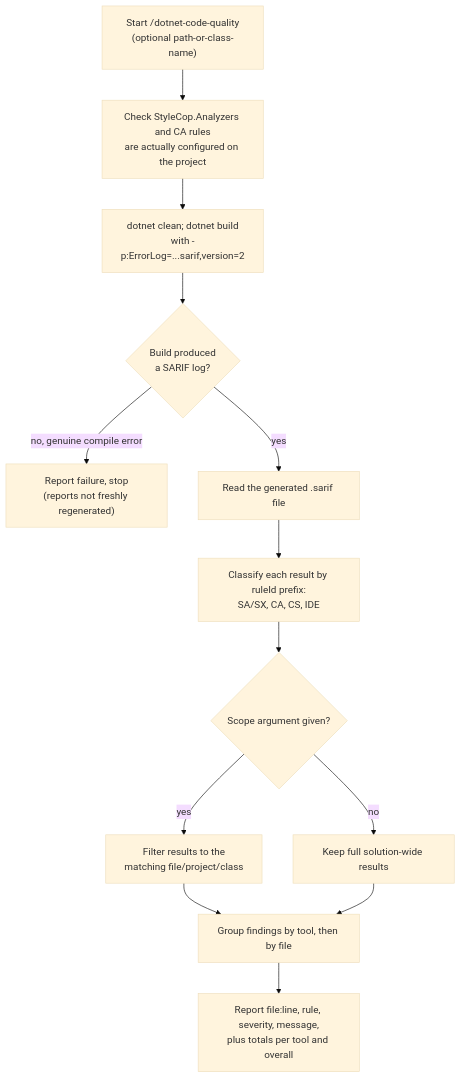
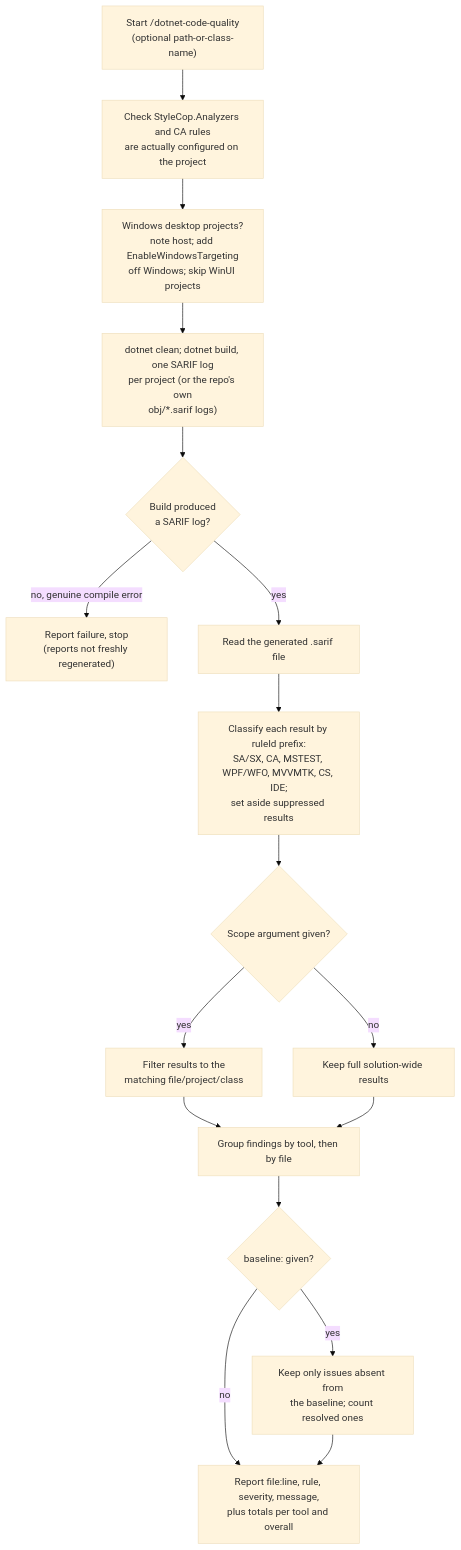
Before and after one commit to albertoirurueta/ai-catalog: the diagram in docs/modules/ROOT/pages/skills/iru-dotnet-code-quality.adoc, drawn with Mermaid (base theme). The commit also changed other lines of this file and 111 other files, not shown here.

```diff
--- a/docs/modules/ROOT/pages/skills/iru-dotnet-code-quality.adoc
+++ b/docs/modules/ROOT/pages/skills/iru-dotnet-code-quality.adoc
@@ -64,16 +80,20 @@
 [mermaid]
 ....
 flowchart TD
     A["Start /dotnet-code-quality\n(optional path-or-class-name)"] --> B["Check StyleCop.Analyzers and CA rules\nare actually configured on the project"]
-    B --> C["dotnet clean; dotnet build\nwith -p:ErrorLog=...sarif,version=2"]
+    B --> B2["Windows desktop projects?\nnote host; add EnableWindowsTargeting\noff Windows; skip WinUI projects"]
+    B2 --> C["dotnet clean; dotnet build, one SARIF log\nper project (or the repo's own\nobj/*.sarif logs)"]
     C --> D{Build produced\na SARIF log?}
     D -- no, genuine compile error --> E["Report failure, stop\n(reports not freshly regenerated)"]
     D -- yes --> F["Read the generated .sarif file"]
-    F --> G["Classify each result by ruleId prefix:\nSA/SX, CA, CS, IDE"]
+    F --> G["Classify each result by ruleId prefix:\nSA/SX, CA, MSTEST, WPF/WFO, MVVMTK, CS, IDE;\nset aside suppressed results"]
     G --> H{Scope argument given?}
     H -- yes --> I["Filter results to the\nmatching file/project/class"]
     H -- no --> J["Keep full solution-wide results"]
     I --> K
     J --> K["Group findings by tool, then by file"]
-    K --> L["Report file:line, rule, severity, message,\nplus totals per tool and overall"]
+    K --> K2{baseline: given?}
+    K2 -- yes --> K3["Keep only issues absent from\nthe baseline; count resolved ones"]
+    K2 -- no --> L
+    K3 --> L["Report file:line, rule, severity, message,\nplus totals per tool and overall"]
 ....
```
